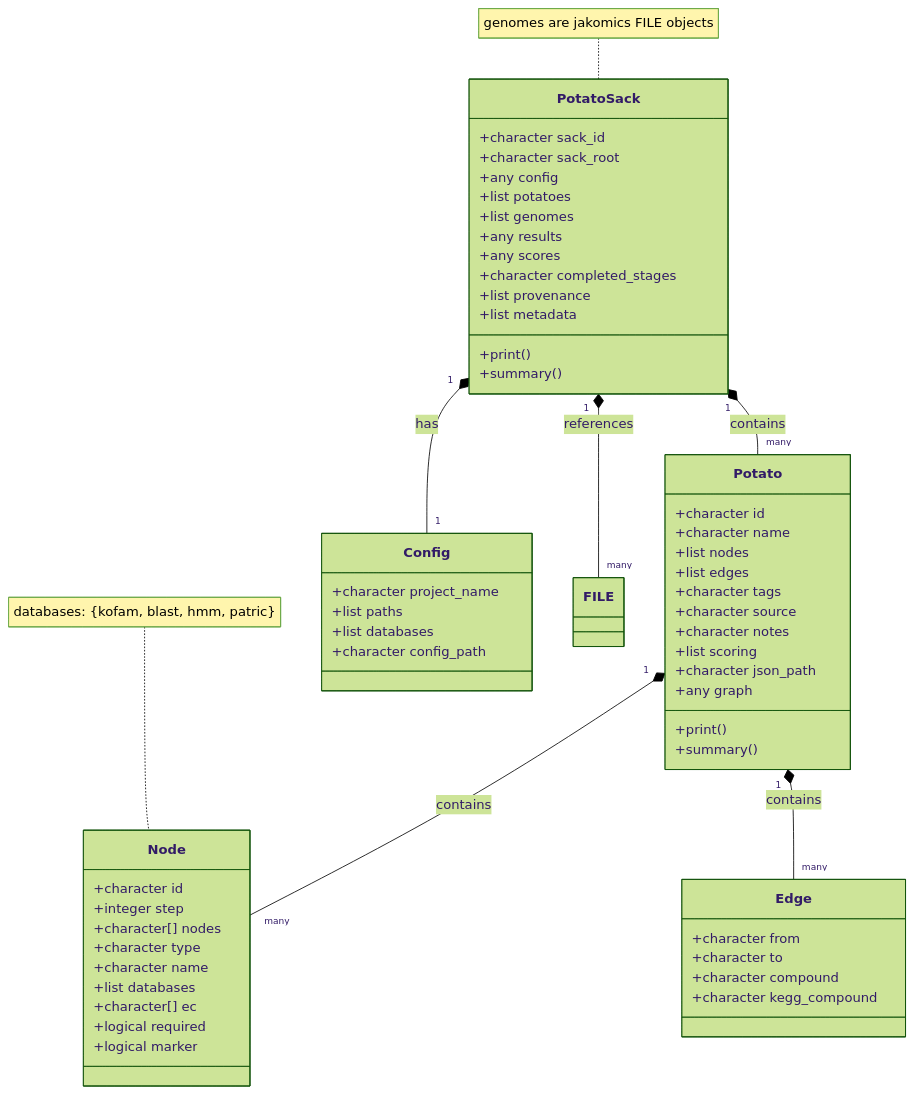
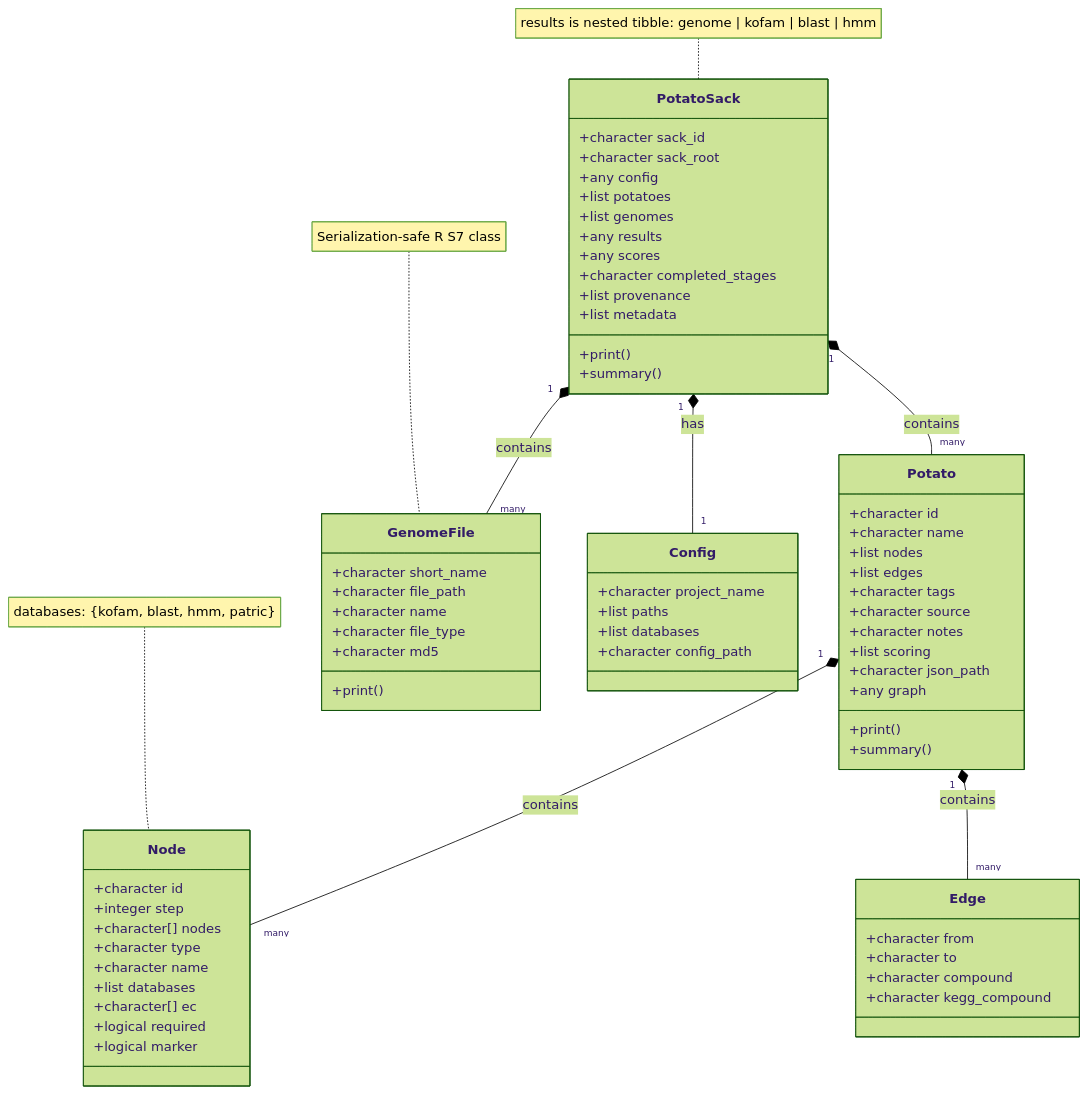
One commit to jeffkimbrel/potato changed the fourth of 7 diagrams in WORKFLOW.md. Above: the diagram before and after it, drawn with Mermaid (forest theme). The commit also changed other lines of this file and 18 other files, not shown here.

````diff
--- a/WORKFLOW.md
+++ b/WORKFLOW.md
@@ -148,67 +153,77 @@
 ```mermaid
 classDiagram
     class Potato {
         +character id
         +character name
         +list nodes
         +list edges
         +character tags
         +character source
         +character notes
         +list scoring
         +character json_path
         +any graph
         +print()
         +summary()
     }
     
     class PotatoSack {
         +character sack_id
         +character sack_root
         +any config
         +list potatoes
         +list genomes
         +any results
         +any scores
         +character completed_stages
         +list provenance
         +list metadata
         +print()
         +summary()
     }
     
+    class GenomeFile {
+        +character short_name
+        +character file_path
+        +character name
+        +character file_type
+        +character md5
+        +print()
+    }
+    
     class Node {
         +character id
         +integer step
         +character[] nodes
         +character type
         +character name
         +list databases
         +character[] ec
         +logical required
         +logical marker
     }
     
     class Edge {
         +character from
         +character to
         +character compound
         +character kegg_compound
     }
     
     class Config {
         +character project_name
         +list paths
         +list databases
         +character config_path
     }
     
     Potato "1" *-- "many" Node : contains
     Potato "1" *-- "many" Edge : contains
     PotatoSack "1" *-- "many" Potato : contains
     PotatoSack "1" *-- "1" Config : has
-    PotatoSack "1" *-- "many" FILE : references
+    PotatoSack "1" *-- "many" GenomeFile : contains
     
     note for Node "databases: {kofam, blast, hmm, patric}"
-    note for PotatoSack "genomes are jakomics FILE objects"
+    note for GenomeFile "Serialization-safe R S7 class"
+    note for PotatoSack "results is nested tibble: genome | kofam | blast | hmm"
 ```
````
